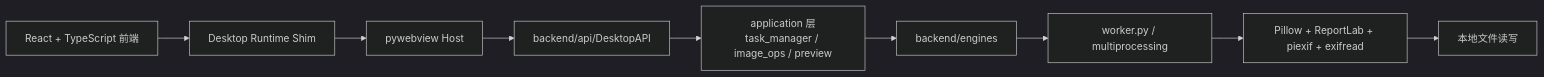
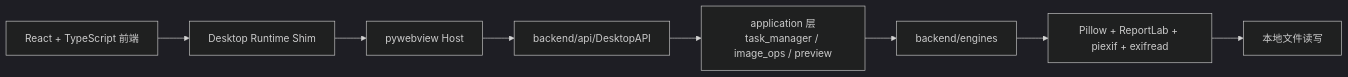
The first of 2 diagrams in README.md (lllll081926i/Imageflow), drawn with Mermaid (dark theme) before and after one commit. The commit also changed other lines of this file and 5 other files, not shown here.

````diff
--- a/README.md
+++ b/README.md
@@ -42,11 +42,10 @@
 ```mermaid
 flowchart LR
     UI[React + TypeScript 前端] --> Bridge[Desktop Runtime Shim]
     Bridge --> Host[pywebview Host]
     Host --> API[backend/api/DesktopAPI]
     API --> App[application 层<br/>task_manager / image_ops / preview]
     App --> Engines[backend/engines]
-    Engines --> Worker[worker.py / multiprocessing]
-    Worker --> Libs[Pillow + ReportLab + piexif + exifread]
+    Engines --> Libs[Pillow + ReportLab + piexif + exifread]
     Libs --> IO[本地文件读写]
 ```
````
